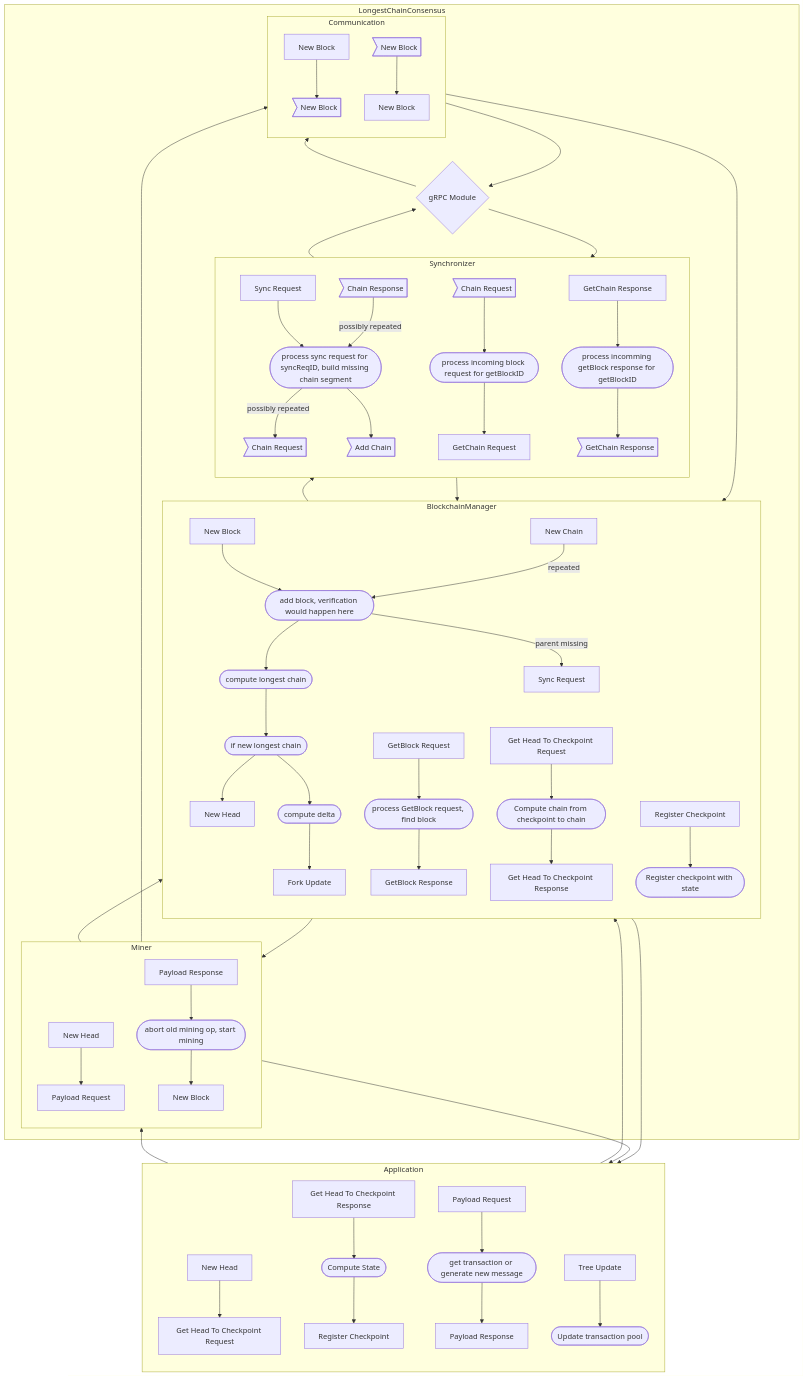
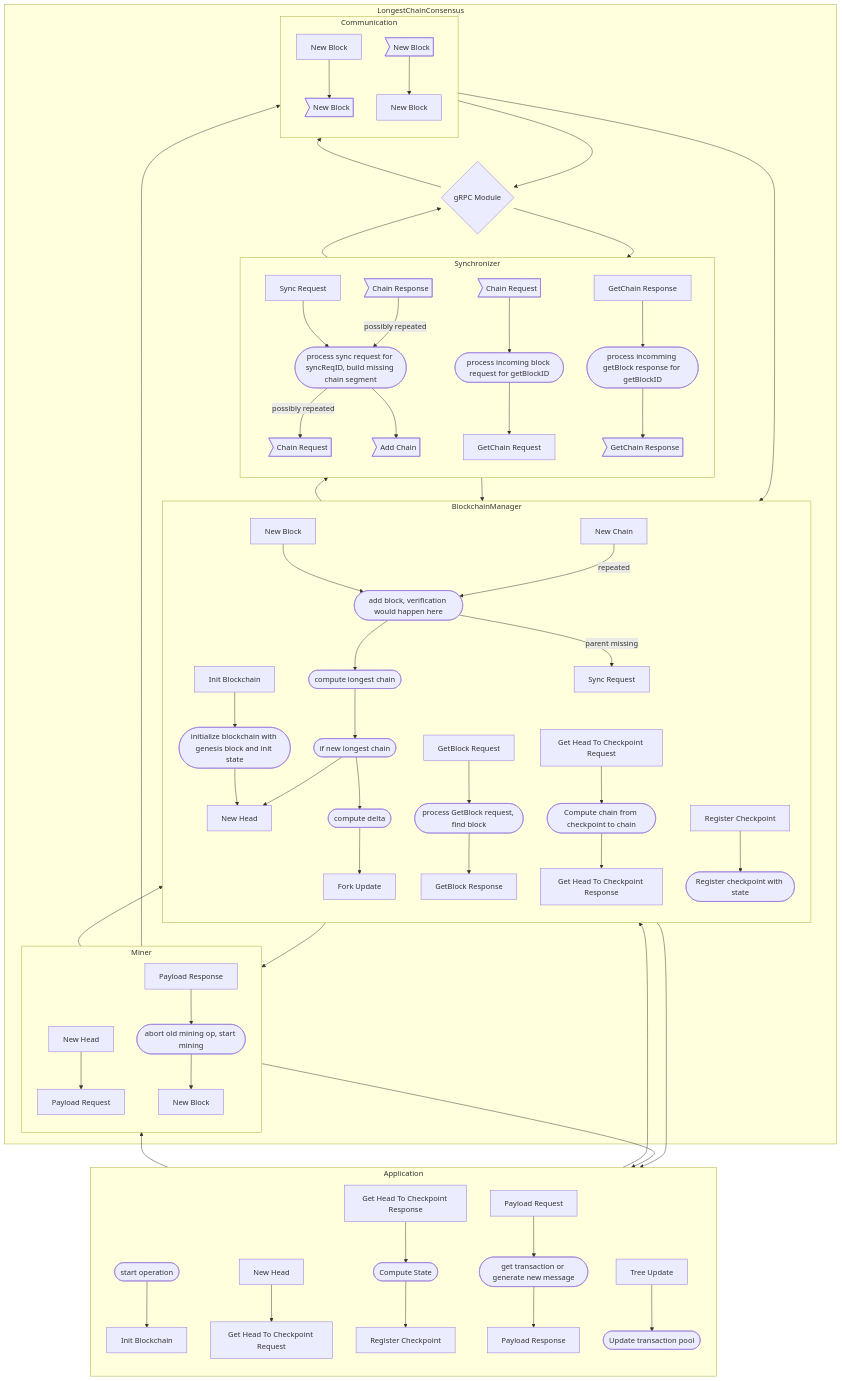
The diagram in notes/block_diagram.md (komplexon3/longest-chain-project), drawn with Mermaid before and after one commit.

Commit message:
updated diagram

```diff
--- a/notes/block_diagram.md
+++ b/notes/block_diagram.md
@@ -5,6 +5,9 @@
 
     subgraph BlockchainManager
     direction TB;
+
+    initB[Init Blockchain] -->  ib([initialize blockchain with genesis block and init state])
+    ib --> nho
 
     nbi[New Block] --> ab([add block, verification would happen here])
     nci[New Chain] --repeated--> ab
@@ -55,6 +58,9 @@
 end
 
 subgraph Application
+
+start([start operation]) --> initBo[Init Blockchain]
+
 nhi[New Head] --> aghtcro[Get Head To Checkpoint Request]
 aghtcri[Get Head To Checkpoint Response] --> cs([Compute State])
 cs --> rco[Register Checkpoint]
```
